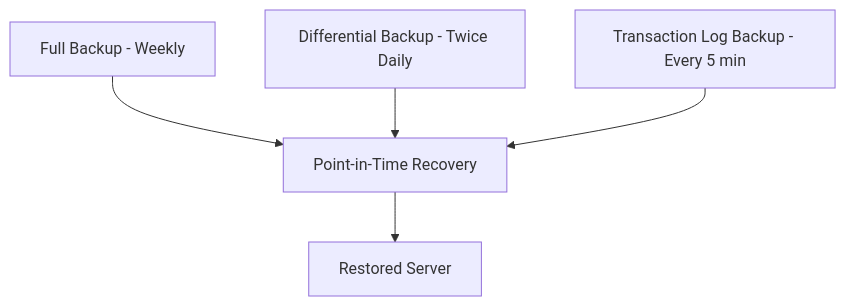
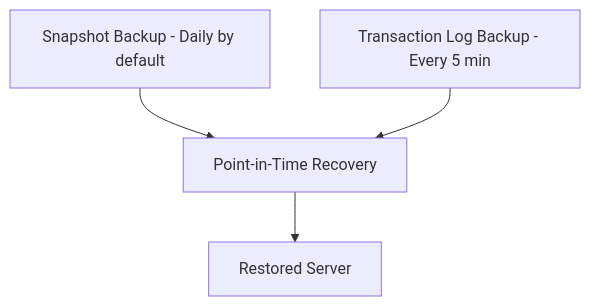
Before and after one commit to OneUptime/blog: the diagram in posts/2026-02-16-how-to-configure-automated-backups-and-restore-in-azure-database-for-mysql/README.md, drawn with Mermaid. The commit also changed other lines of this file and 2 other files, not shown here.

````diff
--- a/posts/2026-02-16-how-to-configure-automated-backups-and-restore-in-azure-database-for-mysql/README.md
+++ b/posts/2026-02-16-how-to-configure-automated-backups-and-restore-in-azure-database-for-mysql/README.md
@@ -25,7 +24,6 @@
 ```mermaid
 graph TB
-    A[Full Backup - Weekly] --> D[Point-in-Time Recovery]
-    B[Differential Backup - Twice Daily] --> D
-    C[Transaction Log Backup - Every 5 min] --> D
+    A[Snapshot Backup - Daily by default] --> D[Point-in-Time Recovery]
+    B[Transaction Log Backup - Every 5 min] --> D
     D --> E[Restored Server]
 ```
````
